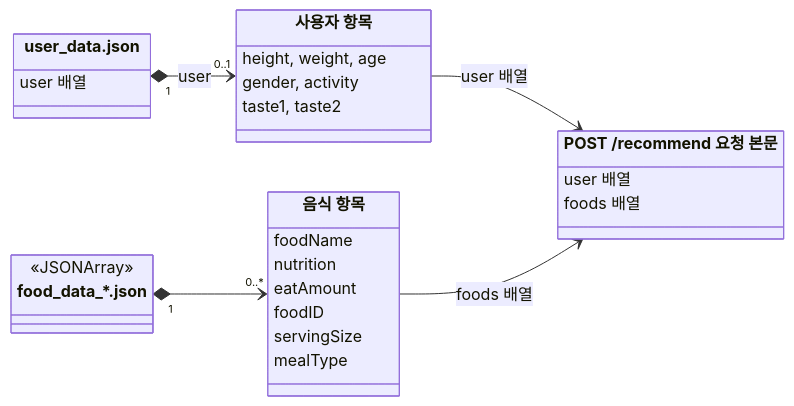
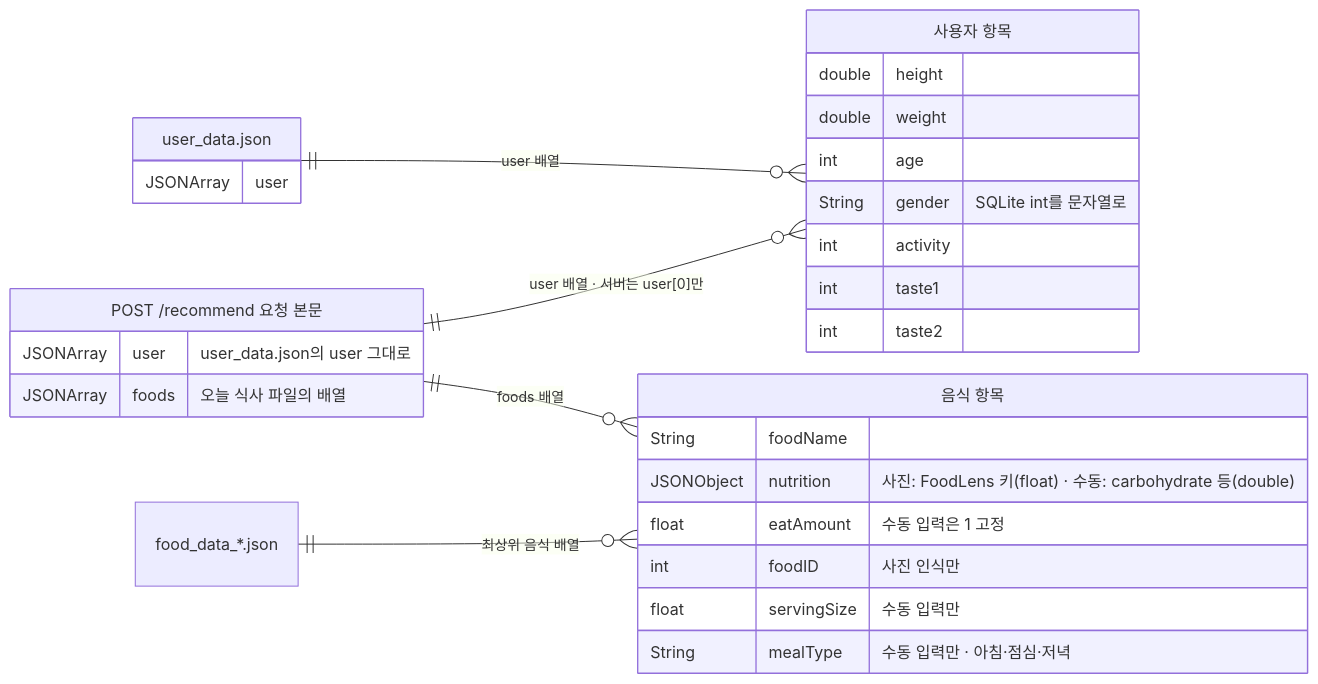
Before and after one commit to keeeery/portfolio: the fourth of 6 diagrams in src/101-Nutrifit/TechDoc_Nutrifit.md, drawn with Mermaid. The commit also changed other lines of this file and 12 other files, not shown here.

Commit message:
프로젝트 문서: 장 제목 정리와 다이어그램 배치·문구 다듬기(사천성·Nutrifit 등), 데이터 다시 빌드

````diff
--- a/src/101-Nutrifit/TechDoc_Nutrifit.md
+++ b/src/101-Nutrifit/TechDoc_Nutrifit.md
@@ -116,32 +131,38 @@
 ```mermaid
-%%{init: {"class": {"nodeSpacing": 22, "rankSpacing": 40, "padding": 6}}}%%
-classDiagram
+%%{init: {"er": {"nodeSpacing": 22, "rankSpacing": 40}}}%%
+erDiagram
     direction LR
-    class MealFile["food_data_*.json"] {
-        <<JSONArray>>
+    UserFile["user_data.json"] {
+        JSONArray user
     }
-    class FoodItem["음식 항목"] {
-        foodName
-        nutrition
-        eatAmount
-        foodID
-        servingSize
-        mealType
+    Request["POST /recommend 요청 본문"] {
+        JSONArray user "user_data.json의 user 그대로"
+        JSONArray foods "오늘 식사 파일의 배열"
     }
-    class UserFile["user_data.json"] {
-        user 배열
+    MealFile["food_data_*.json"]
+    UserProfile["사용자 항목"] {
+        double height
+        double weight
+        int age
+        String gender "SQLite int를 문자열로"
+        int activity
+        int taste1
+        int taste2
     }
-    class UserProfile["사용자 항목"] {
-        height, weight, age
-        gender, activity
-        taste1, taste2
+    FoodItem["음식 항목"] {
+        String foodName
+        JSONObject nutrition "사진: FoodLens 키(float) · 수동: carbohydrate 등(double)"
+        float eatAmount "수동 입력은 1 고정"
+        int foodID "사진 인식만"
+        float servingSize "수동 입력만"
+        String mealType "수동 입력만 · 아침·점심·저녁"
     }
-    class Request["POST /recommend 요청 본문"] {
-        user 배열
-        foods 배열
-    }
-    UserFile "1" *--> "0..1" UserProfile : user
-    MealFile "1" *--> "0..*" FoodItem
-    UserProfile --> Request : user 배열
-    FoodItem --> Request : foods 배열
+    UserFile ||--o{ UserProfile : "user 배열"
+    Request ||--o{ UserProfile : "user 배열 · 서버는 user[0]만"
+    Request ||--o{ FoodItem : "foods 배열"
+    MealFile ||--o{ FoodItem : "최상위 음식 배열"
+%% 격자: Request - | UserProfile FoodItem | UserFile MealFile
+%% 화살표 Request -> FoodItem: 나감=오른쪽 들어감=위
+%% 격자 열 간격: 40
+%% 격자 맞춤: 위
 ```
````
